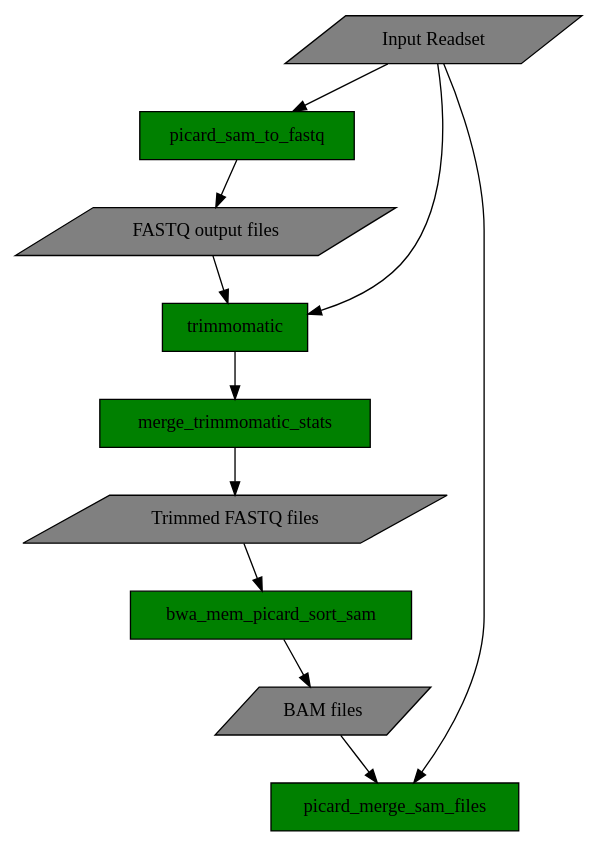
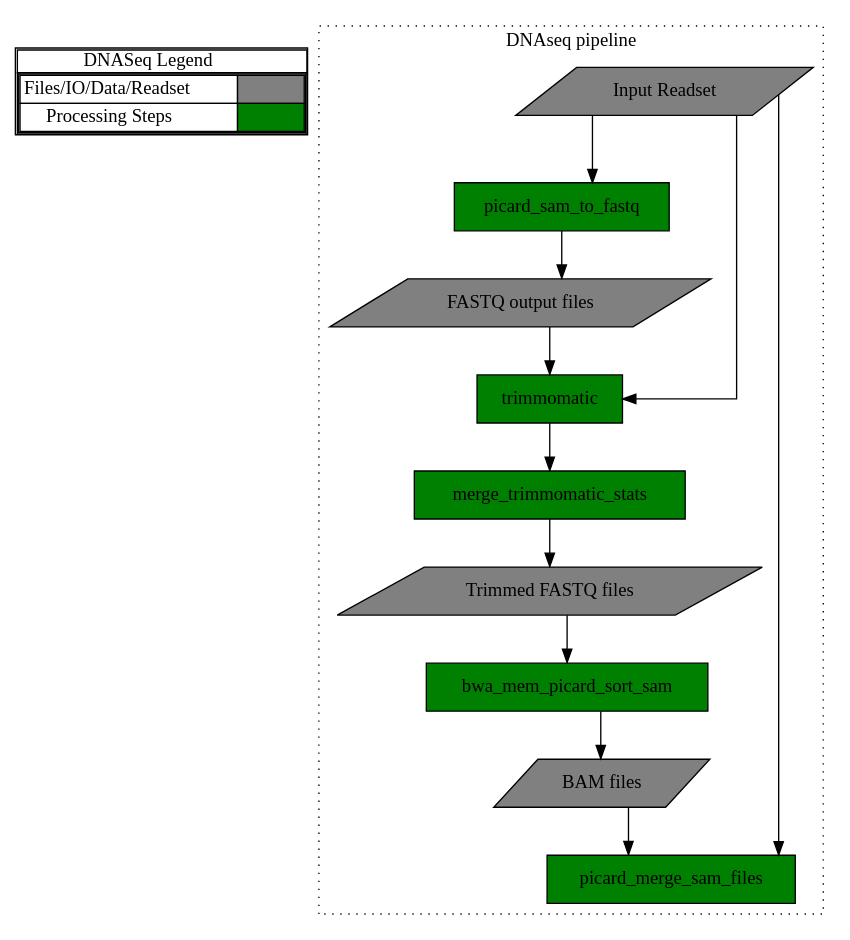
One commit to GauthamGoli/flowchartcreator-selectiontest changed the diagram in outfile.gv. Above: the diagram before and after it, drawn with Graphviz. The commit also changed 2 other files, not shown here.

Commit message:
Add legend, and cluster

```diff
--- a/outfile.gv
+++ b/outfile.gv
@@ -1,21 +1,50 @@
 digraph G {
+splines=ortho;
+nodesep=0.5;
+subgraph legend {
+rank=min;
+label=legend;
+Legend [shape=none, margin=0, label=<<table cellspacing="0" cellpadding="0" border="1" width="100px"><tr><td>DNASeq Legend</td></tr><tr><td>
+				<table cellspacing="0">
+				<tr><td>Files/IO/Data/Readset</td><td bgcolor='grey' width="50px"></td></tr>
+				<tr><td>Processing Steps</td><td bgcolor='green'></td></tr>
+				</table></td></tr></table>>];
+}
+
+subgraph cluster_firstfive {
+color=black;
+style=filled;
+label="DNAseq pipeline";
+graph [style=dotted];
+node1;
+node2;
+node3;
+node4;
+node5;
+node6;
+node7;
+node8;
+node9;
+graph [style=dotted];
+}
+
 node1 [shape=parallelogram, style=filled, fillcolor=grey, label="Input Readset"];
 node2 [shape=rect, style=filled, fillcolor=green, label=picard_sam_to_fastq];
 node3 [shape=parallelogram, style=filled, fillcolor=grey, label="FASTQ output files"];
 node4 [shape=rect, style=filled, fillcolor=green, label=trimmomatic];
 node5 [shape=rect, style=filled, fillcolor=green, label=merge_trimmomatic_stats];
 node6 [shape=parallelogram, style=filled, fillcolor=grey, label="Trimmed FASTQ files"];
 node7 [shape=rect, style=filled, fillcolor=green, label=bwa_mem_picard_sort_sam];
 node8 [shape=parallelogram, style=filled, fillcolor=grey, label="BAM files"];
 node9 [shape=rect, style=filled, fillcolor=green, label=picard_merge_sam_files];
 node1 -> node2;
 node2 -> node3;
 node3 -> node4;
 node4 -> node5;
 node5 -> node6;
 node6 -> node7;
 node7 -> node8;
 node8 -> node9;
 node1 -> node9;
 node1 -> node4;
 }
```
